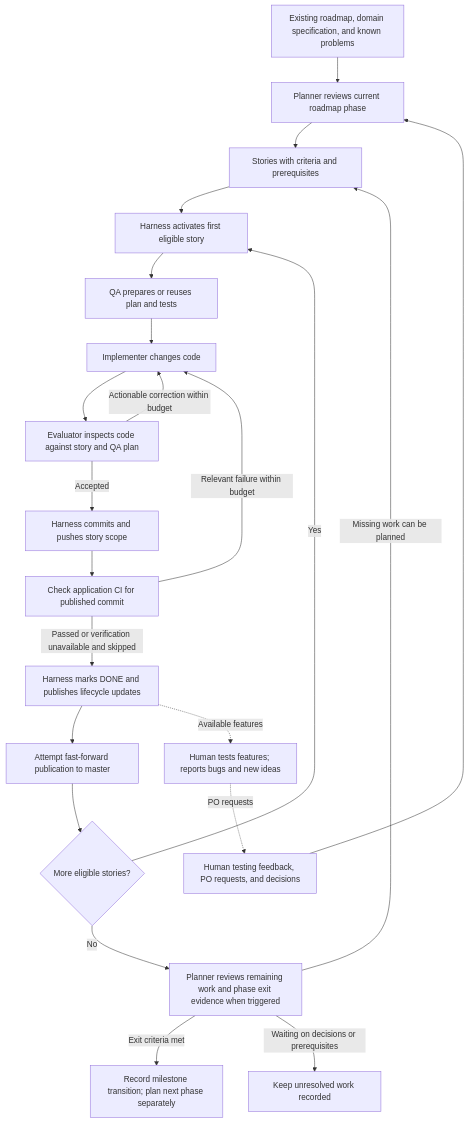
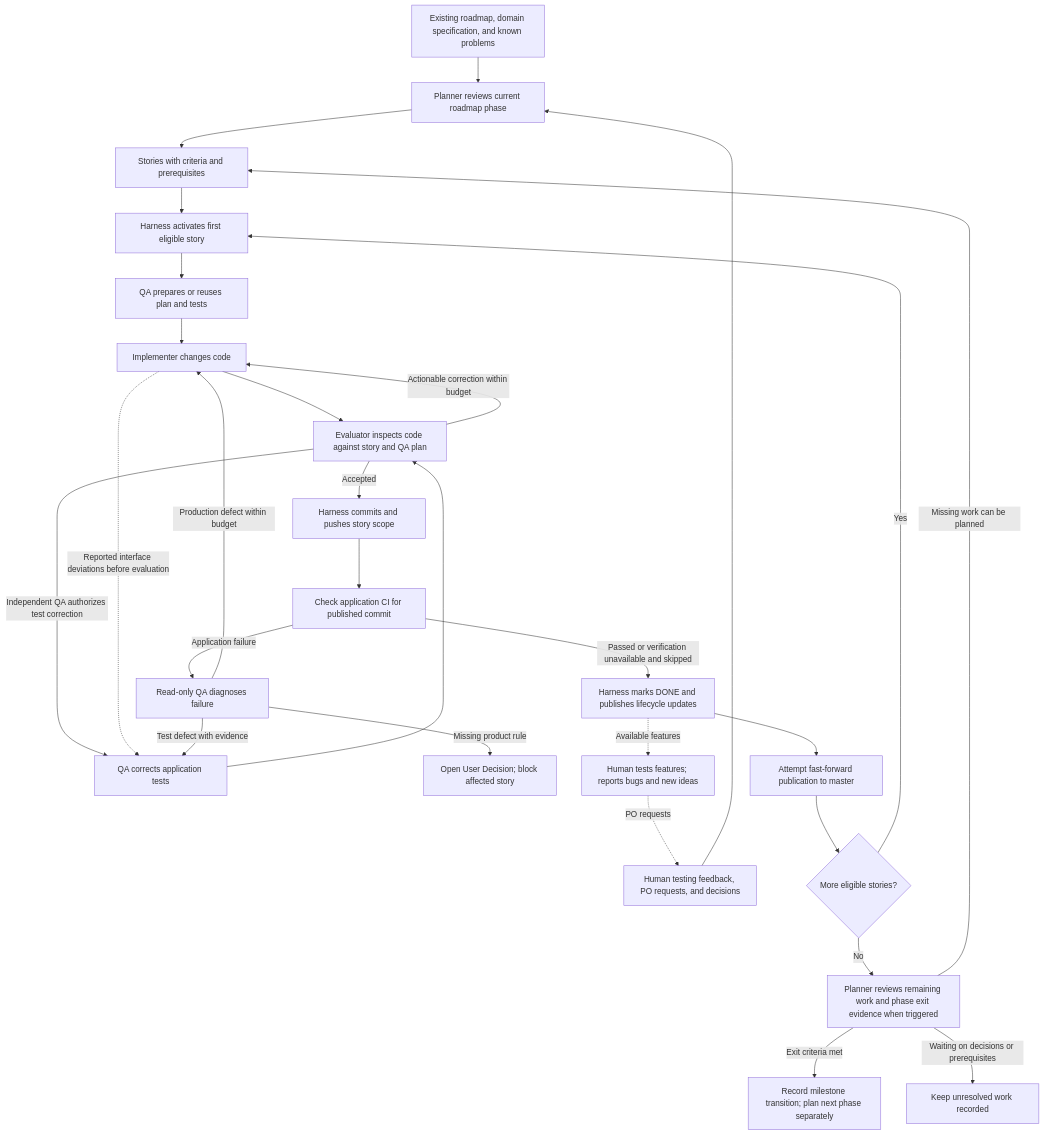
Before and after one commit to Nebettadjsr/GW2: the second of 6 diagrams in agent/docs/WORKFLOW_DIAGRAMS.md, drawn with Mermaid. The commit also changed other lines of this file and 10 other files, not shown here.

````diff
--- a/agent/docs/WORKFLOW_DIAGRAMS.md
+++ b/agent/docs/WORKFLOW_DIAGRAMS.md
@@ -36,24 +36,30 @@
 ```mermaid
 flowchart TB
     ROAD[Existing roadmap, domain specification, and known problems] --> P[Planner reviews current roadmap phase]
     FEEDBACK[Human testing feedback, PO requests, and decisions] --> P
     P --> B[Stories with criteria and prerequisites]
     B --> S[Harness activates first eligible story]
     S --> Q[QA prepares or reuses plan and tests]
     Q --> C[Implementer changes code]
     C --> E[Evaluator inspects code against story and QA plan]
     E -->|Actionable correction within budget| C
+    E -->|Independent QA authorizes test correction| QT[QA corrects application tests]
+    C -. Reported interface deviations before evaluation .-> QT
+    QT --> E
     E -->|Accepted| PUB[Harness commits and pushes story scope]
     PUB --> CI[Check application CI for published commit]
-    CI -->|Relevant failure within budget| C
+    CI -->|Application failure| QR[Read-only QA diagnoses failure]
+    QR -->|Production defect within budget| C
+    QR -->|Test defect with evidence| QT
+    QR -->|Missing product rule| UD[Open User Decision; block affected story]
     CI -->|Passed or verification unavailable and skipped| D[Harness marks DONE and publishes lifecycle updates]
     D --> INT[Attempt fast-forward publication to master]
     D -. Available features .-> TEST[Human tests features; reports bugs and new ideas]
     TEST -. PO requests .-> FEEDBACK
     INT --> MORE{More eligible stories?}
     MORE -->|Yes| S
     MORE -->|No| CHECK[Planner reviews remaining work and phase exit evidence when triggered]
     CHECK -->|Missing work can be planned| B
     CHECK -->|Exit criteria met| NEXT[Record milestone transition; plan next phase separately]
     CHECK -->|Waiting on decisions or prerequisites| WAIT[Keep unresolved work recorded]
 ```
````
